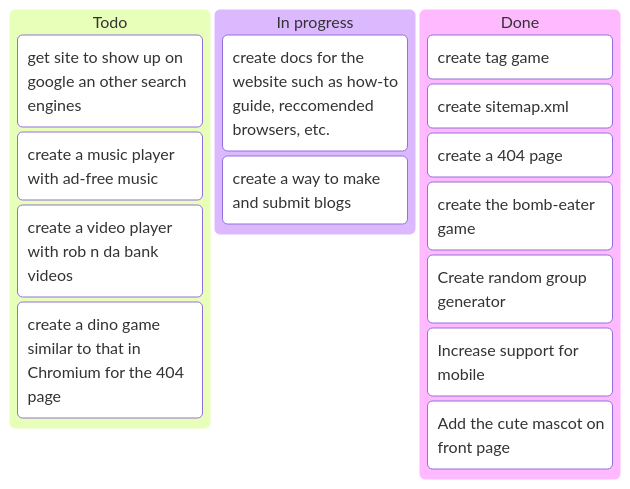
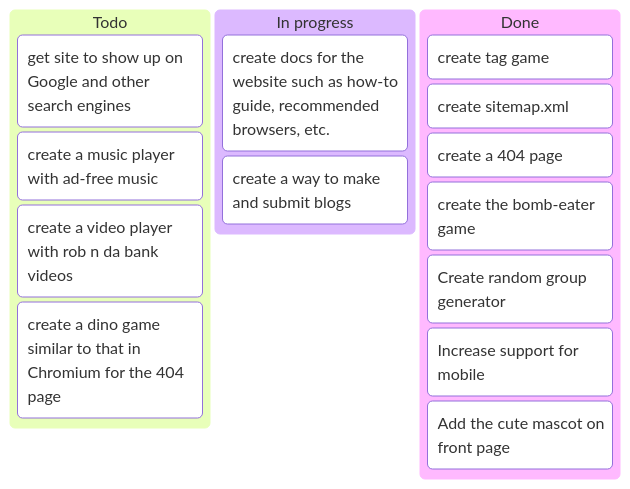
Before and after one commit to MrCheesie/alris_games: the diagram in README.md, drawn with Mermaid. The commit also changed other lines of this file, not shown here.

Commit message:
Fix typos in README.md

````diff
--- a/README.md
+++ b/README.md
@@ -96,20 +96,20 @@
 ```mermaid
 kanban
   Todo
-    [get site to show up on google an other search engines]
+    [get site to show up on Google and other search engines]
     [create a music player with ad-free music]
     [create a video player with rob n da bank videos]
     [create a dino game similar to that in Chromium for the 404 page]
   In progress
-    [create docs for the website such as how-to guide, reccomended browsers, etc.]
+    [create docs for the website such as how-to guide, recommended browsers, etc.]
     [create a way to make and submit blogs]
   
   Done
     [create tag game]
     [create sitemap.xml]
     [create a 404 page]
     [create the bomb-eater game]
     [Create random group generator]
     [Increase support for mobile]
     [Add the cute mascot on front page]
 ```
````
